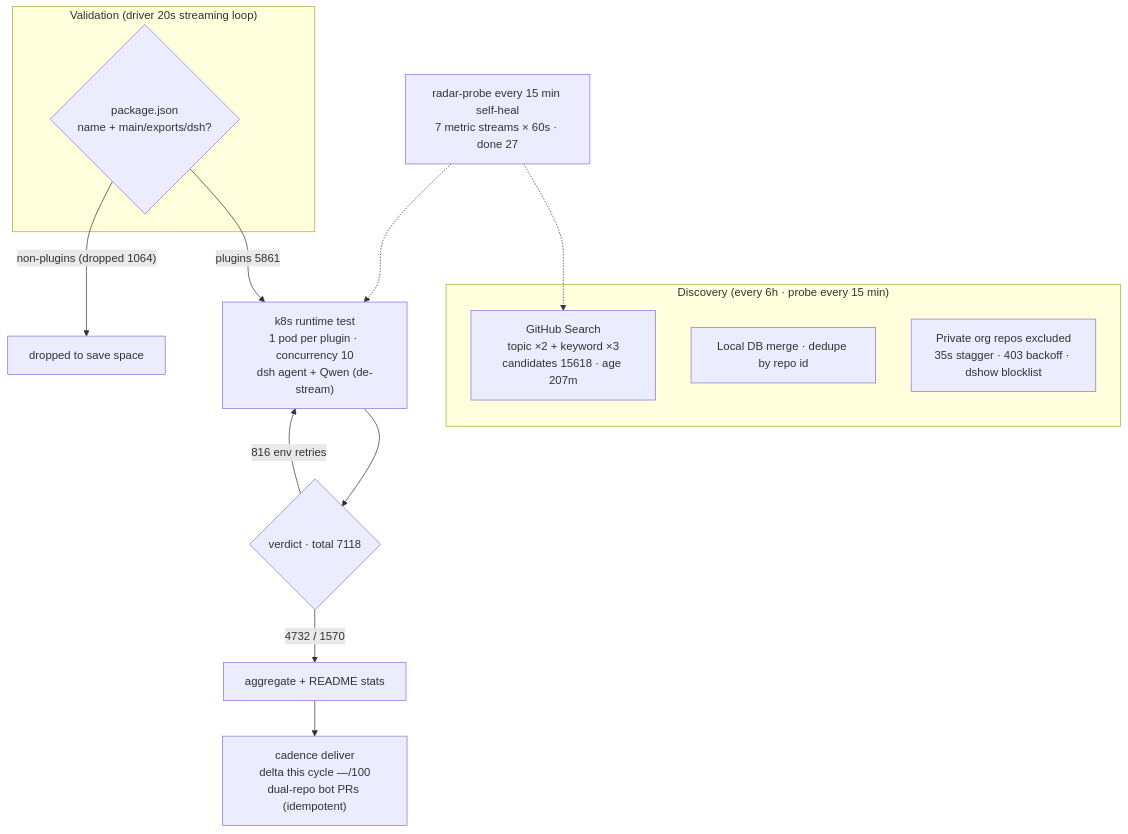
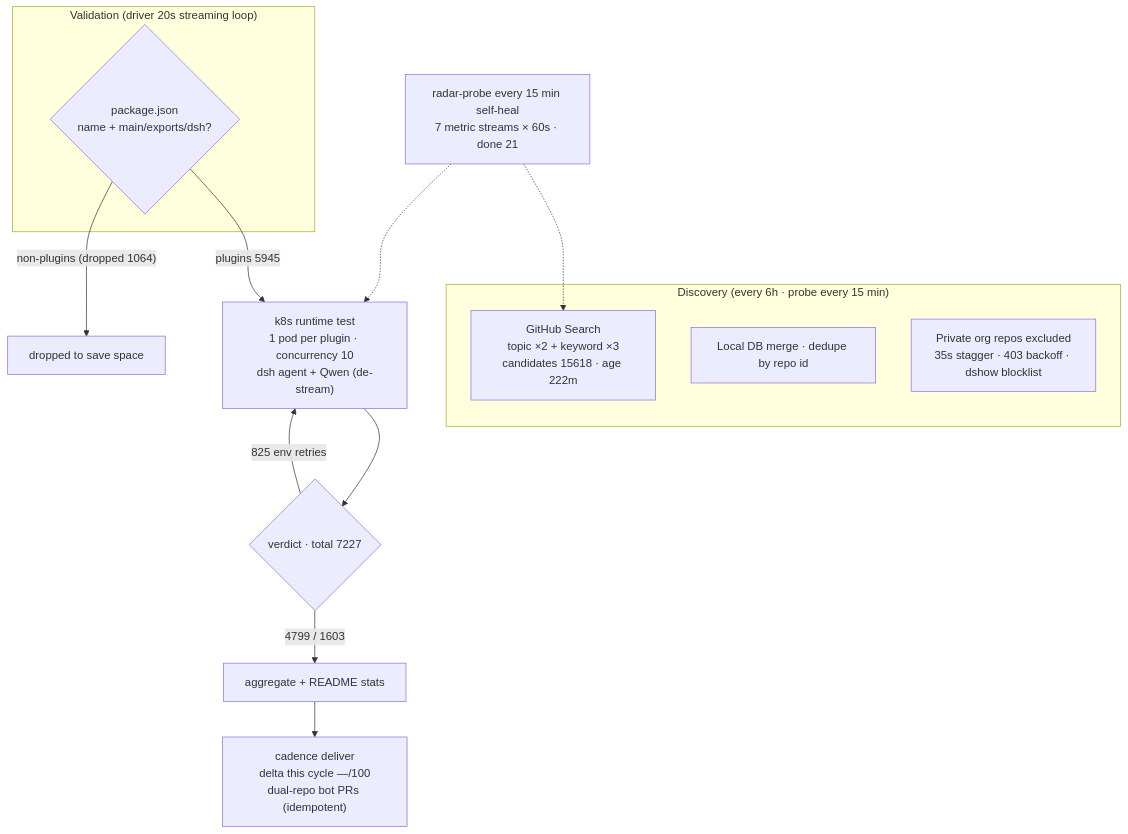
The diagram in README.en-US.md (AdamPlatin123/awesome-dsh-plugins), drawn with Mermaid before and after one commit. The commit also changed other lines of this file and 5 other files, not shown here.

````diff
--- a/README.en-US.md
+++ b/README.en-US.md
@@ -30,20 +30,20 @@
 ```mermaid
 flowchart TB
     subgraph Discovery["Discovery (every 6h · probe every 15 min)"]
-        A1["GitHub Search<br/>topic ×2 + keyword ×3<br/>candidates 15618 · age 207m"]
+        A1["GitHub Search<br/>topic ×2 + keyword ×3<br/>candidates 15618 · age 222m"]
         A2["Local DB merge · dedupe by repo id"]
         A3["Private org repos excluded<br/>35s stagger · 403 backoff · dshow blocklist"]
     end
     subgraph Validation["Validation (driver 20s streaming loop)"]
         B1{"package.json<br/>name + main/exports/dsh?"}
     end
-    B1 -->|"plugins 5861"| C1["k8s runtime test<br/>1 pod per plugin · concurrency 10<br/>dsh agent + Qwen (de-stream)"]
+    B1 -->|"plugins 5945"| C1["k8s runtime test<br/>1 pod per plugin · concurrency 10<br/>dsh agent + Qwen (de-stream)"]
     B1 -->|"non-plugins (dropped 1064)"| B3["dropped to save space"]
-    C1 --> D1{"verdict · total 7118"}
-    D1 -->|"4732 / 1570"| E1["aggregate + README stats"]
-    D1 -->|"816 env retries"| C1
+    C1 --> D1{"verdict · total 7227"}
+    D1 -->|"4799 / 1603"| E1["aggregate + README stats"]
+    D1 -->|"825 env retries"| C1
     E1 --> E2["cadence deliver<br/>delta this cycle —/100<br/>dual-repo bot PRs (idempotent)"]
-    M["radar-probe every 15 min self-heal<br/>7 metric streams × 60s · done 27"]
+    M["radar-probe every 15 min self-heal<br/>7 metric streams × 60s · done 21"]
     M -.-> A1
     M -.-> C1
 ```
````
